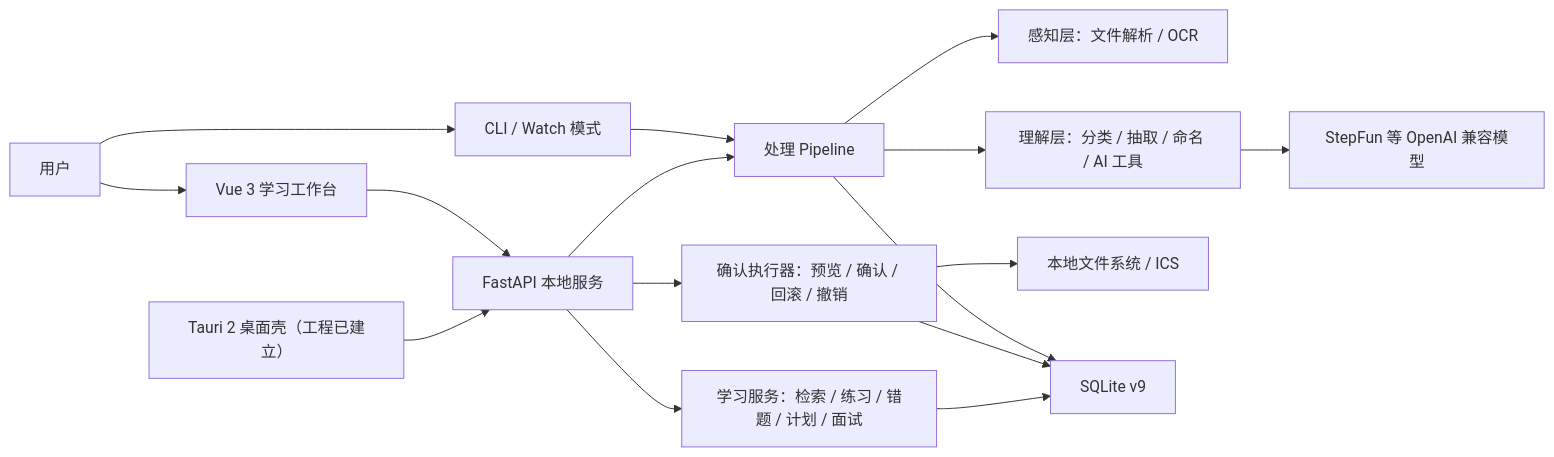
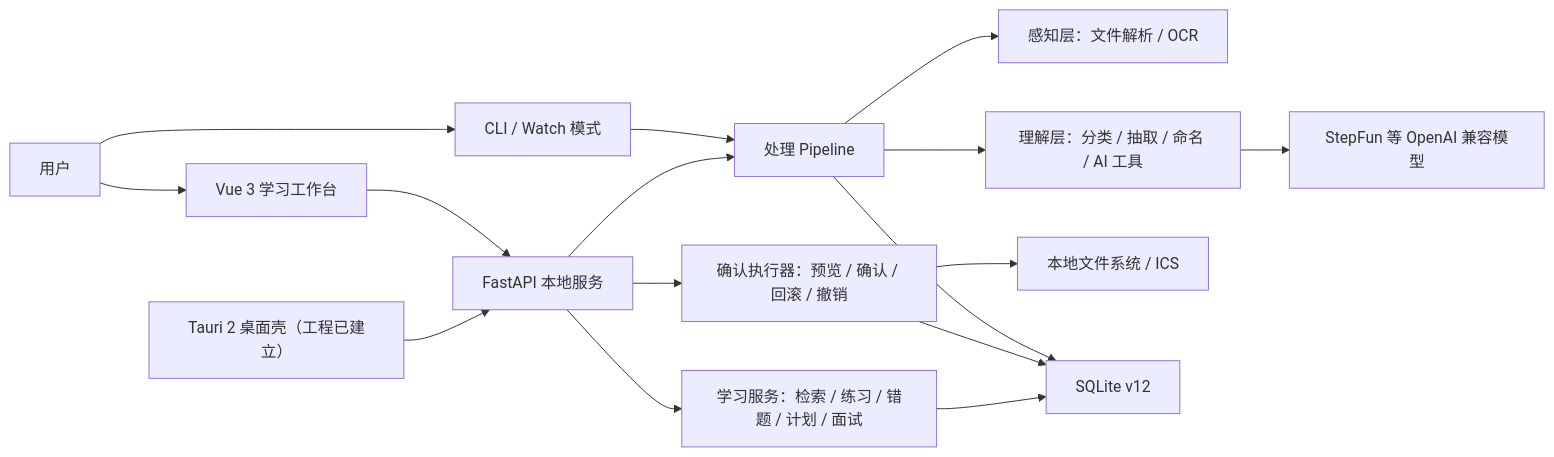
One commit to YL617/Filemate changed the diagram in README.md. Above: the diagram before and after it, drawn with Mermaid. The commit also changed other lines of this file and 30 other files, not shown here.

````diff
--- a/README.md
+++ b/README.md
@@ -137,18 +138,18 @@
 ```mermaid
 flowchart LR
     U["用户"] --> V["Vue 3 学习工作台"]
     U --> C["CLI / Watch 模式"]
     V --> A["FastAPI 本地服务"]
     T["Tauri 2 桌面壳（工程已建立）"] --> A
     C --> P["处理 Pipeline"]
     A --> P
     P --> R["感知层：文件解析 / OCR"]
     P --> N["理解层：分类 / 抽取 / 命名 / AI 工具"]
     N --> L["StepFun 等 OpenAI 兼容模型"]
     A --> E["确认执行器：预览 / 确认 / 回滚 / 撤销"]
     A --> K["学习服务：检索 / 练习 / 错题 / 计划 / 面试"]
     E --> F["本地文件系统 / ICS"]
-    P --> S["SQLite v9"]
+    P --> S["SQLite v12"]
     E --> S
     K --> S
 ```
````
